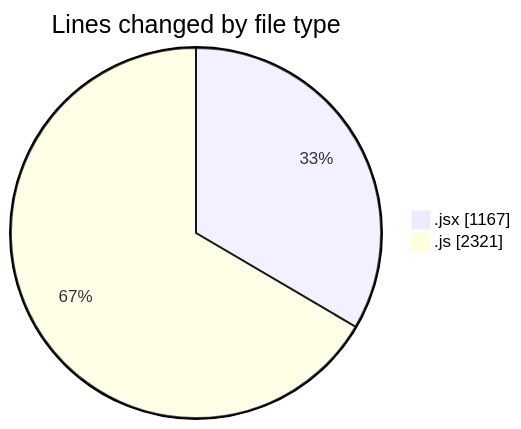
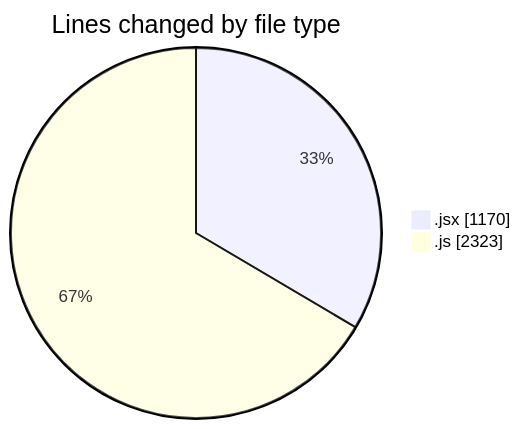
Before and after one commit to nxtqubesakshisongat/code-tracking: the first of 2 diagrams in 2025-12-08/nxtqube_webapp/README.md, drawn with Mermaid. The commit also changed other lines of this file and 1 other file, not shown here.

````diff
--- a/2025-12-08/nxtqube_webapp/README.md
+++ b/2025-12-08/nxtqube_webapp/README.md
@@ -25,6 +25,6 @@
 ```mermaid
 pie showData
 title Lines changed by file type
-".jsx" : 1167
-".js" : 2321
+".jsx" : 1170
+".js" : 2323
 ```
````
